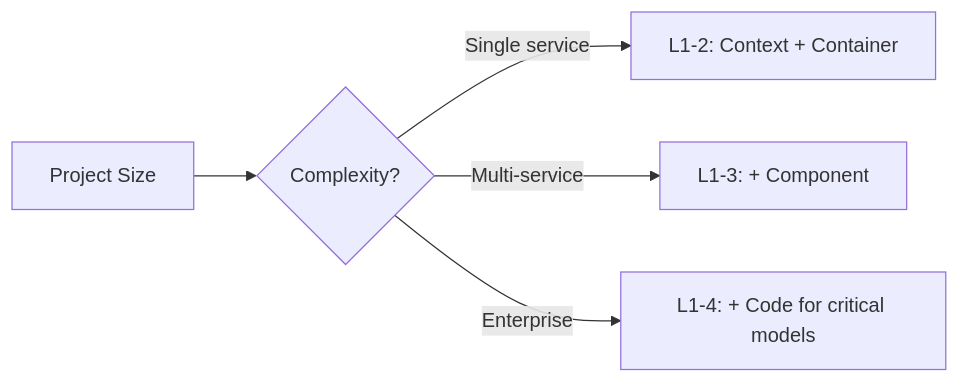
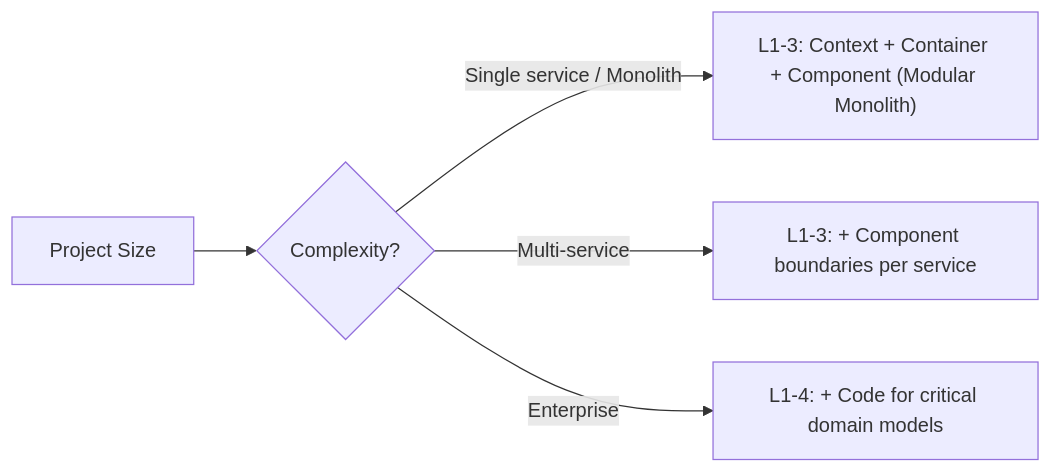
Before and after one commit to InNoobWeTrust/dotfiles: the diagram in .agents/skills/architecture-design/SKILL.md, drawn with Mermaid. The commit also changed other lines of this file and 13 other files, not shown here.

Commit message:
feat(skills): add db-design skill, upgrade architecture-design for modularity, & enforce explicit contract DTOs

````diff
--- a/.agents/skills/architecture-design/SKILL.md
+++ b/.agents/skills/architecture-design/SKILL.md
@@ -35,7 +38,7 @@
 ```mermaid
 graph LR
     A["Project Size"] --> B{Complexity?}
-    B -->|"Single service"| C["L1-2: Context + Container"]
-    B -->|"Multi-service"| D["L1-3: + Component"]
-    B -->|"Enterprise"| E["L1-4: + Code for critical models"]
+    B -->|"Single service / Monolith"| C["L1-3: Context + Container + Component (Modular Monolith)"]
+    B -->|"Multi-service"| D["L1-3: + Component boundaries per service"]
+    B -->|"Enterprise"| E["L1-4: + Code for critical domain models"]
 ```
````
